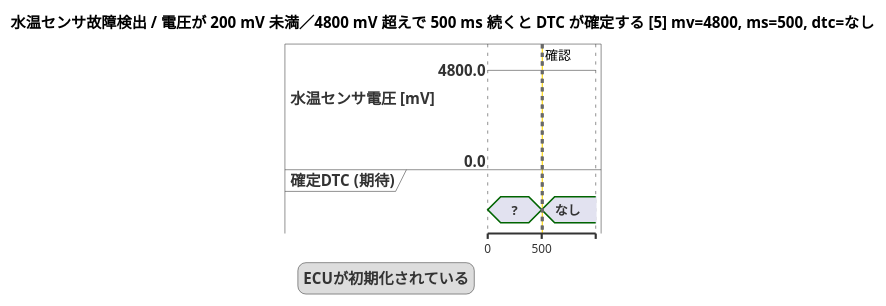
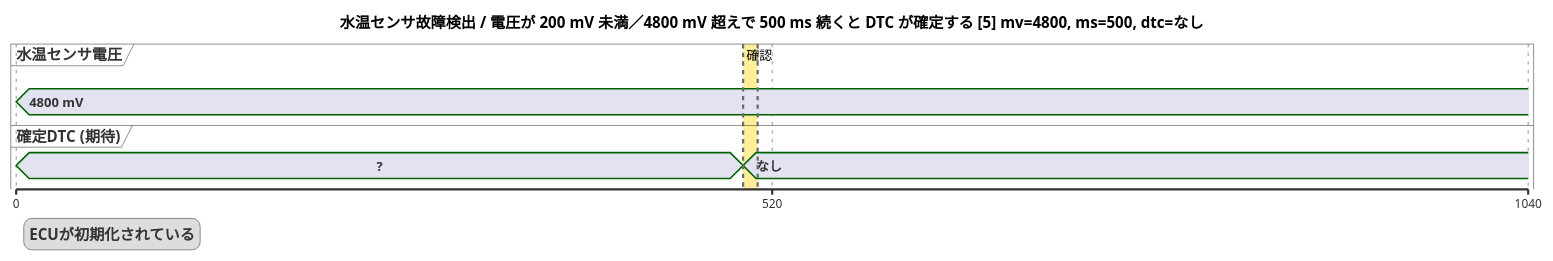
The diagram in charts/ect_sensor_diag/電圧が_200_mV_未満／4800_mV_超えで_500_ms_続くと_DTC_が確定する_05.puml (YitKubo/poc_bdd), drawn with PlantUML before and after one commit. The commit also changed 89 other files, not shown here.

```diff
--- a/charts/ect_sensor_diag/電圧が_200_mV_未満／4800_mV_超えで_500_ms_続くと_DTC_が確定する_05.puml
+++ b/charts/ect_sensor_diag/電圧が_200_mV_未満／4800_mV_超えで_500_ms_続くと_DTC_が確定する_05.puml
@@ -1,17 +1,18 @@
 @startuml
 skinparam defaultFontName IPAGothic
 title 水温センサ故障検出 / 電圧が 200 mV 未満／4800 mV 超えで 500 ms 続くと DTC が確定する [5] mv=4800, ms=500, dtc=なし
+scale 520 as 700 pixels
 legend left
   ECUが初期化されている
 endlegend
-analog "水温センサ電圧 [mV]" between 0 and 4800 as s0
+concise "水温センサ電圧" as s0
 concise "確定DTC (期待)" as s1
 
 @0
-s0 is 4800
+s0 is "4800 mV"
 s1 is "?"
 @500
-s0 is 4800
 s1 is "なし"
-highlight 500 to 510 #Gold;line:DimGrey : 確認
+@520
+highlight 500 to 510 #FFD70066;line:DimGrey : 確認
 @enduml
```
